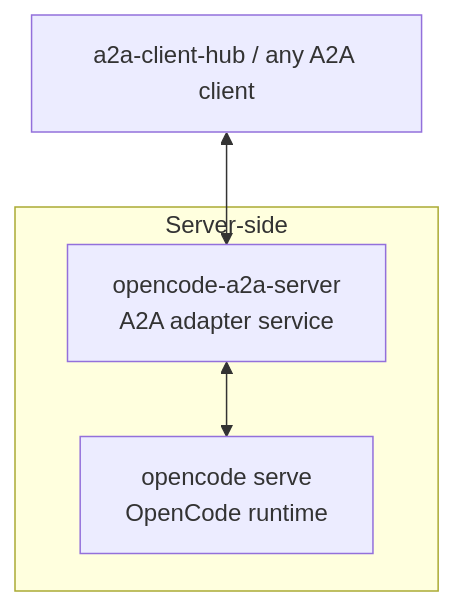
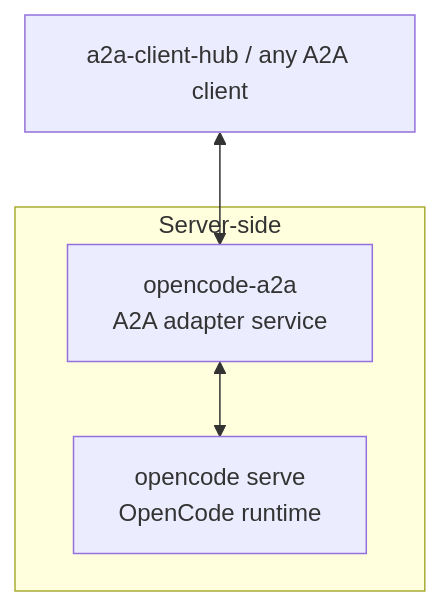
One commit to Intelligent-Internet/opencode-a2a-serve changed the diagram in README.md. Above: the diagram before and after it, drawn with Mermaid. The commit also changed other lines of this file and 71 other files, not shown here.

````diff
--- a/README.md
+++ b/README.md
@@ -15,13 +15,13 @@
 ```mermaid
 flowchart TD
     Client["a2a-client-hub / any A2A client"]
 
     subgraph ServerSide["Server-side"]
-        Adapter["opencode-a2a-server\nA2A adapter service"]
+        Adapter["opencode-a2a\nA2A adapter service"]
         Runtime["opencode serve\nOpenCode runtime"]
 
         Adapter <--> Runtime
     end
 
     Client <--> Adapter
 ```
````
